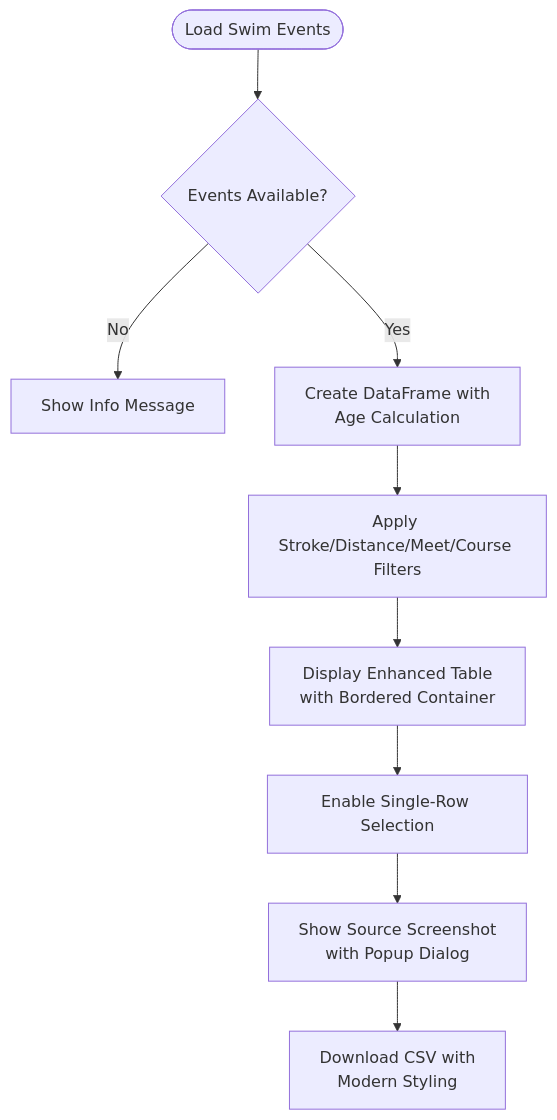
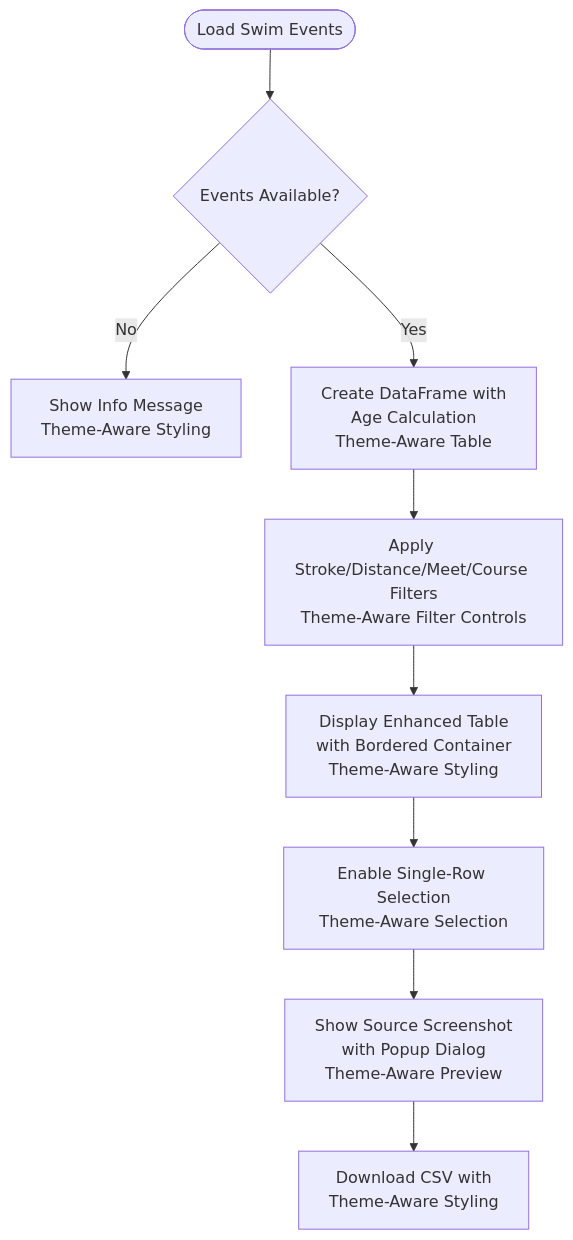
The tenth of 15 diagrams in .qoder/repowiki/en/content/Core Components/Application Controller.md (Johnny22056/SwimingStatus), drawn with Mermaid before and after one commit. The commit also changed other lines of this file and 2 other files, not shown here.

First line of the commit message:
feat(theme): integrate comprehensive dynamic theme management system

````diff
--- a/.qoder/repowiki/en/content/Core Components/Application Controller.md
+++ b/.qoder/repowiki/en/content/Core Components/Application Controller.md
@@ -379,11 +437,11 @@
 ```mermaid
 flowchart TD
 LoadEvents([Load Swim Events]) --> CheckEvents{"Events Available?"}
-CheckEvents --> |No| ShowInfo["Show Info Message"]
-CheckEvents --> |Yes| CreateDF["Create DataFrame with<br/>Age Calculation"]
-CreateDF --> Filters["Apply Stroke/Distance/Meet/Course Filters"]
-Filters --> DisplayTable["Display Enhanced Table<br/>with Bordered Container"]
-DisplayTable --> RowSelection["Enable Single-Row Selection"]
-RowSelection --> ScreenshotPreview["Show Source Screenshot<br/>with Popup Dialog"]
-ScreenshotPreview --> DownloadCSV["Download CSV with<br/>Modern Styling"]
+CheckEvents --> |No| ShowInfo["Show Info Message<br/>Theme-Aware Styling"]
+CheckEvents --> |Yes| CreateDF["Create DataFrame with<br/>Age Calculation<br/>Theme-Aware Table"]
+CreateDF --> Filters["Apply Stroke/Distance/Meet/Course Filters<br/>Theme-Aware Filter Controls"]
+Filters --> DisplayTable["Display Enhanced Table<br/>with Bordered Container<br/>Theme-Aware Styling"]
+DisplayTable --> RowSelection["Enable Single-Row Selection<br/>Theme-Aware Selection"]
+RowSelection --> ScreenshotPreview["Show Source Screenshot<br/>with Popup Dialog<br/>Theme-Aware Preview"]
+ScreenshotPreview --> DownloadCSV["Download CSV with<br/>Theme-Aware Styling"]
 ```
````
